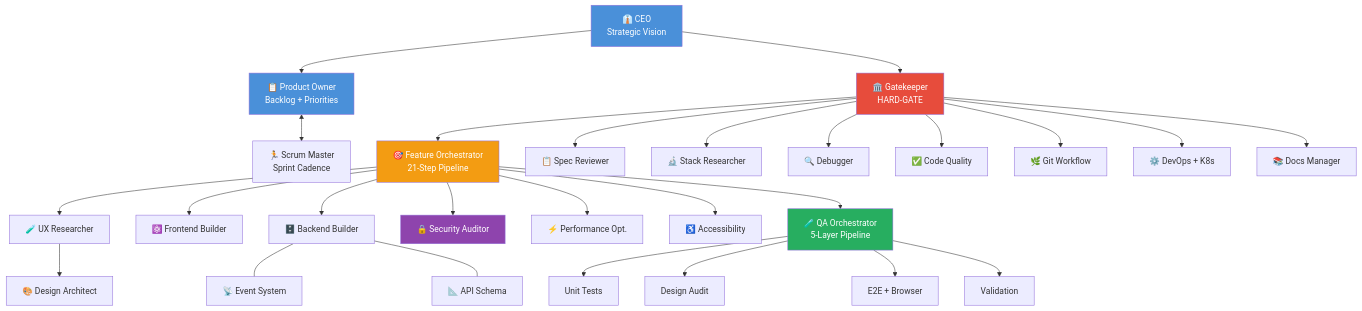
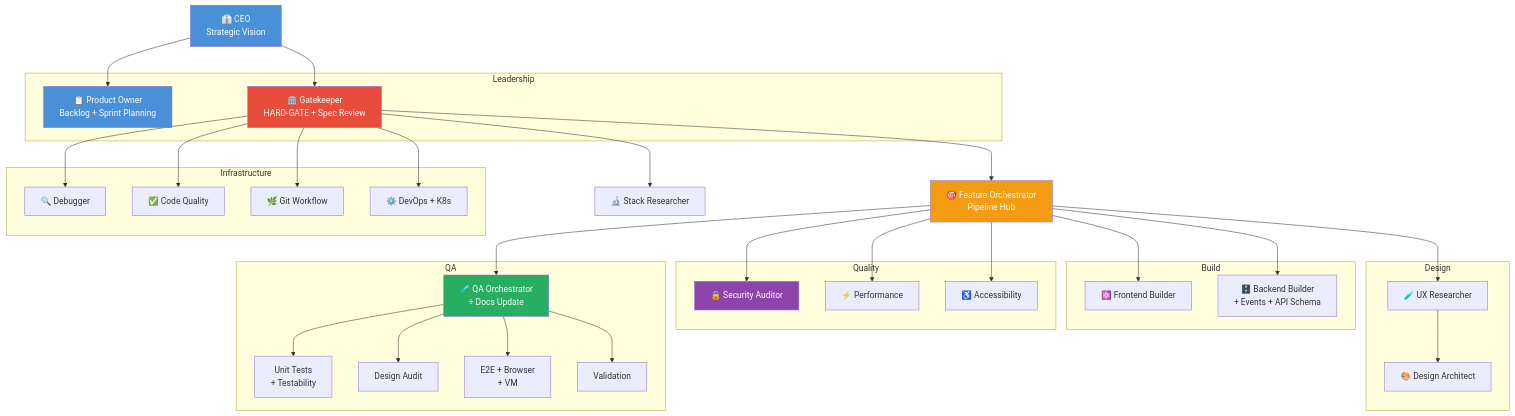
One commit to servas-ai/paperclip-fullstack-agent-swarm changed the first of 2 diagrams in README.md. Above: the diagram before and after it, drawn with Mermaid. The commit also changed other lines of this file and 36 other files, not shown here.

````diff
--- a/README.md
+++ b/README.md
@@ -53,80 +55,79 @@
 ```mermaid
 graph TD
     CEO["👔 CEO<br/>Strategic Vision"]
 
-    PO["📋 Product Owner<br/>Backlog + Priorities"]
-    SM["🏃 Scrum Master<br/>Sprint Cadence"]
-    AG["🏛️ Gatekeeper<br/>HARD-GATE"]
+    subgraph Leadership
+        PO["📋 Product Owner<br/>Backlog + Sprint Planning"]
+        AG["🏛️ Gatekeeper<br/>HARD-GATE + Spec Review"]
+    end
 
     CEO --> PO
     CEO --> AG
-    PO <--> SM
 
-    %% Gatekeeper approves, then Orchestrator runs the pipeline
-    FO["🎯 Feature Orchestrator<br/>21-Step Pipeline"]
+    %% Feature Pipeline
+    FO["🎯 Feature Orchestrator<br/>Pipeline Hub"]
     AG --> FO
 
-    %% Pre-Build: Research & Spec
-    SPR["📋 Spec Reviewer"]
+    %% Research
     SR["🔬 Stack Researcher"]
-    AG --> SPR
     AG --> SR
 
     %% Design Phase
-    UX["🧪 UX Researcher"]
-    DA["🎨 Design Architect"]
+    subgraph Design
+        UX["🧪 UX Researcher"]
+        DA["🎨 Design Architect"]
+    end
     FO --> UX --> DA
 
     %% Build Phase
-    FB["⚛️ Frontend Builder"]
-    BB["🗄️ Backend Builder"]
+    subgraph Build
+        FB["⚛️ Frontend Builder"]
+        BB["🗄️ Backend Builder<br/>+ Events + API Schema"]
+    end
     FO --> FB
     FO --> BB
 
-    %% Backend sub-specialists
-    ES["📡 Event System"]
-    API["📐 API Schema"]
-    BB --- ES
-    BB --- API
-
-    %% Quality Gates (after Build)
-    SA["🔒 Security Auditor"]
-    PF["⚡ Performance Opt."]
-    AE["♿ Accessibility"]
+    %% Quality Gates
+    subgraph Quality
+        SA["🔒 Security Auditor"]
+        PF["⚡ Performance"]
+        AE["♿ Accessibility"]
+    end
     FO --> SA
     FO --> PF
     FO --> AE
 
     %% QA Pipeline
-    QA["🧪 QA Orchestrator<br/>5-Layer Pipeline"]
-    FO --> QA
-    UT["Unit Tests"]
-    DAU["Design Audit"]
-    E2E["E2E + Browser"]
-    VE["Validation"]
-    QA --> UT
-    QA --> DAU
-    QA --> E2E
-    QA --> VE
+    subgraph QA
+        QAO["🧪 QA Orchestrator<br/>+ Docs Update"]
+        UT["Unit Tests<br/>+ Testability"]
+        DAU["Design Audit"]
+        E2E["E2E + Browser<br/>+ VM"]
+        VE["Validation"]
+    end
+    FO --> QAO
+    QAO --> UT
+    QAO --> DAU
+    QAO --> E2E
+    QAO --> VE
 
-    %% Cross-cutting (available to all)
-    SD["🔍 Debugger"]
-    CQ["✅ Code Quality"]
-    GW["🌿 Git Workflow"]
-    DO["⚙️ DevOps + K8s"]
-    DM["📚 Docs Manager"]
-
+    %% Infrastructure (available to all)
+    subgraph Infrastructure
+        SD["🔍 Debugger"]
+        CQ["✅ Code Quality"]
+        GW["🌿 Git Workflow"]
+        DO["⚙️ DevOps + K8s"]
+    end
     AG --> SD
     AG --> CQ
     AG --> DO
     AG --> GW
-    AG --> DM
 
     %% Styling
     style CEO fill:#4A90D9,color:#fff
     style AG fill:#E74C3C,color:#fff
     style FO fill:#F39C12,color:#fff
-    style QA fill:#27AE60,color:#fff
+    style QAO fill:#27AE60,color:#fff
     style SA fill:#8E44AD,color:#fff
     style PO fill:#4A90D9,color:#fff
 ```
````
